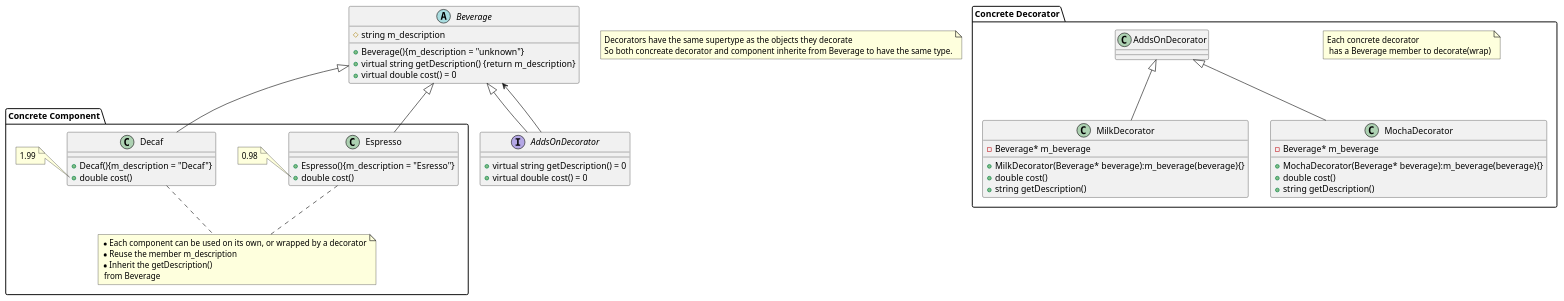
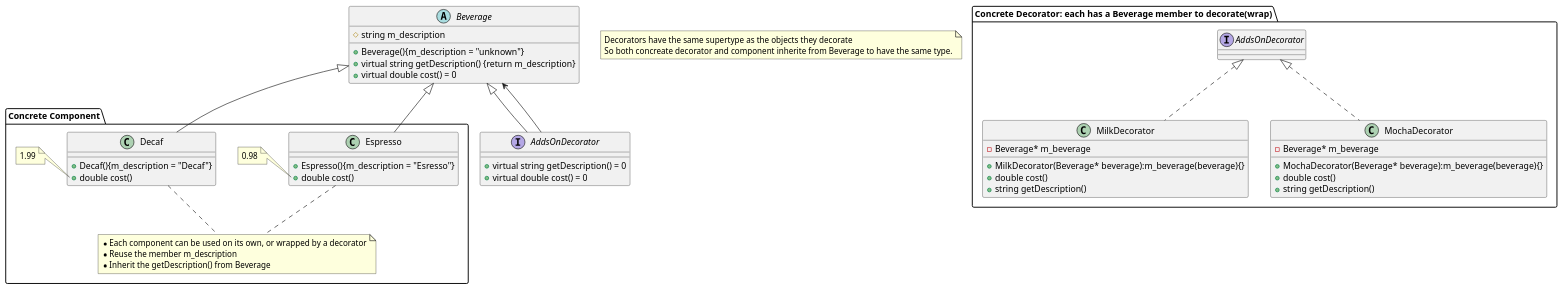
One commit to jwbecalm/Head-First-Design-Patterns-in-CPP changed the diagram in ch03_Decorator/plantuml/Decorator_class.plantuml. Above: the diagram before and after it, drawn with PlantUML. The commit also changed 11 other files, not shown here.

```diff
--- a/ch03_Decorator/plantuml/Decorator_class.plantuml
+++ b/ch03_Decorator/plantuml/Decorator_class.plantuml
@@ -1,64 +1,63 @@
 @startuml Decorator Pattern
 
 abstract Beverage{
     # string m_description 
     + Beverage(){m_description = "unknown"}
     + virtual string getDescription() {return m_description}
     + virtual double cost() = 0
 }
 note "Decorators have the same supertype as the objects they decorate\nSo both concreate decorator and component inherite from Beverage to have the same type." as N3
 
 Interface AddsOnDecorator{
     + virtual string getDescription() = 0
     + virtual double cost() = 0
 }
 
 
 Beverage <|-- AddsOnDecorator
 
 ' Each concrete decorator\n has a Beverage member to decorate(wrap)
 Beverage <-- AddsOnDecorator
 
 
 package "Concrete Component"{
 class Espresso  {
     + Espresso(){m_description = "Esresso"}
     + double cost()
 }
 note left of Espresso::cost()
 0.98
 end note
 class Decaf {
     + Decaf(){m_description = "Decaf"}
     + double cost()
 }
 note left of Decaf::cost()
 1.99
 end note
-note "*Each component can be used on its own, or wrapped by a decorator\n*Reuse the member m_description\n*Inherit the getDescription()\n from Beverage" as N1
+note "*Each component can be used on its own, or wrapped by a decorator\n*Reuse the member m_description\n*Inherit the getDescription() from Beverage" as N1
 Decaf .. N1
 Espresso .. N1
 }
 
 Beverage <|-- Espresso
 Beverage <|-- Decaf
-package "Concrete Decorator"{
-note "Each concrete decorator\n has a Beverage member to decorate(wrap)" as N2
+package "Concrete Decorator: each has a Beverage member to decorate(wrap)"{
 
-class MilkDecorator extends AddsOnDecorator{
+class MilkDecorator implements AddsOnDecorator{
     - Beverage* m_beverage
     + MilkDecorator(Beverage* beverage):m_beverage(beverage){}
     + double cost()
     + string getDescription()
 }
 
-class MochaDecorator extends AddsOnDecorator{
+class MochaDecorator implements AddsOnDecorator{
     - Beverage* m_beverage
     + MochaDecorator(Beverage* beverage):m_beverage(beverage){}
     + double cost()
     + string getDescription()
 }
 
 
 }
 @enduml
```
